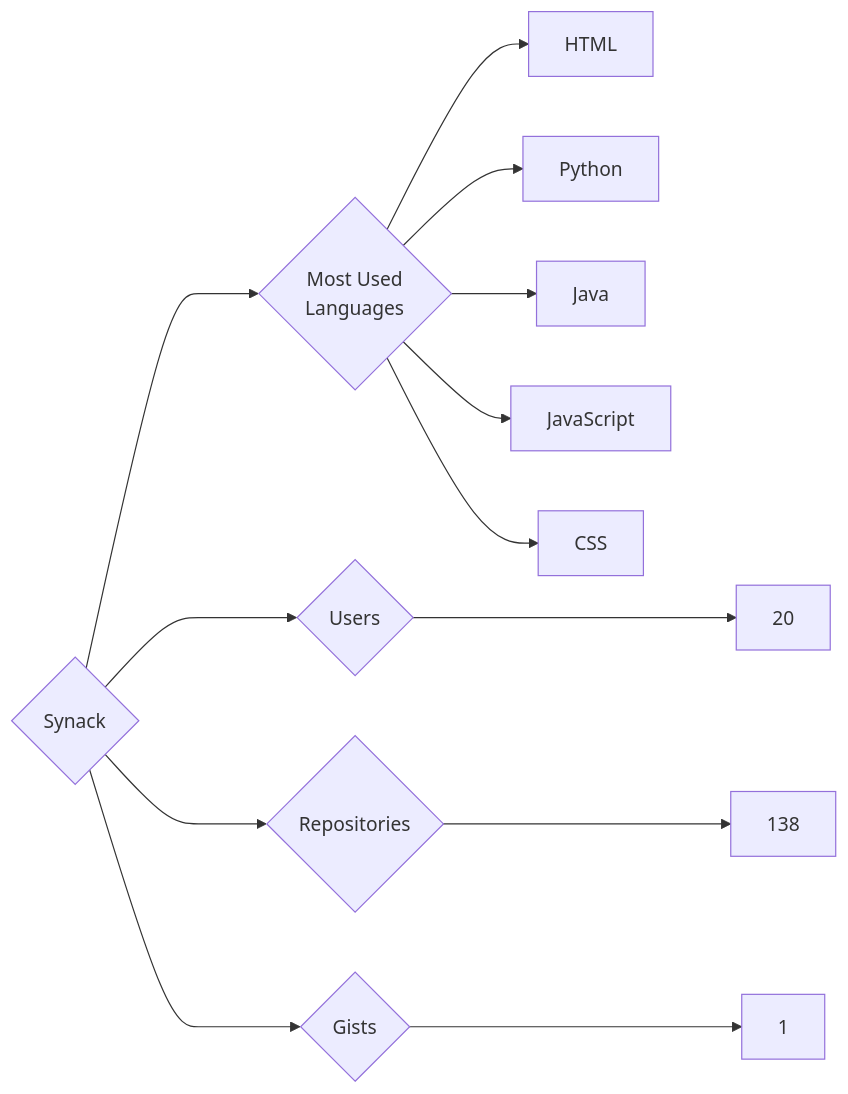
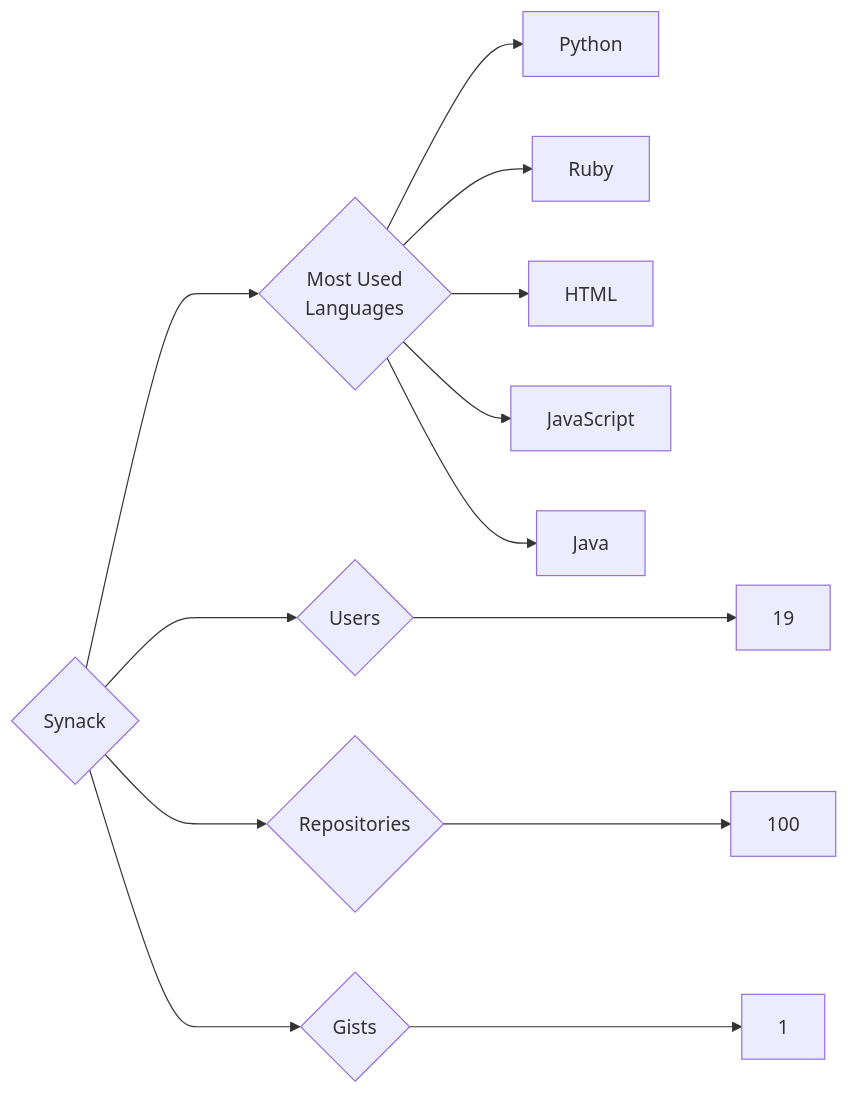
The diagram in targets/Synack/README.md (trickest/insiders), drawn with Mermaid before and after one commit. The commit also changed 682 other files, not shown here.

````diff
--- a/targets/Synack/README.md
+++ b/targets/Synack/README.md
@@ -3,13 +3,13 @@
 ```mermaid
 graph LR
 COMPANY_NAME{Synack}
-COMPANY_NAME ---> U{Users} ---> UN[20]
-COMPANY_NAME ---> R{Repositories} ---> RN[138]
+COMPANY_NAME ---> U{Users} ---> UN[19]
+COMPANY_NAME ---> R{Repositories} ---> RN[100]
 COMPANY_NAME ---> G{Gists} ---> GN[1]
 COMPANY_NAME ---> ML{Most Used<br>Languages}
+ML --> Python[Python]
+ML --> Ruby[Ruby]
 ML --> HTML[HTML]
-ML --> Python[Python]
+ML --> JavaScript[JavaScript]
 ML --> Java[Java]
-ML --> JavaScript[JavaScript]
-ML --> CSS[CSS]
 ```
````
